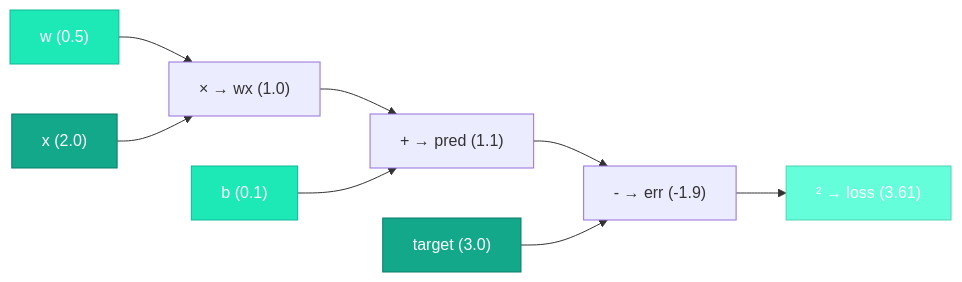
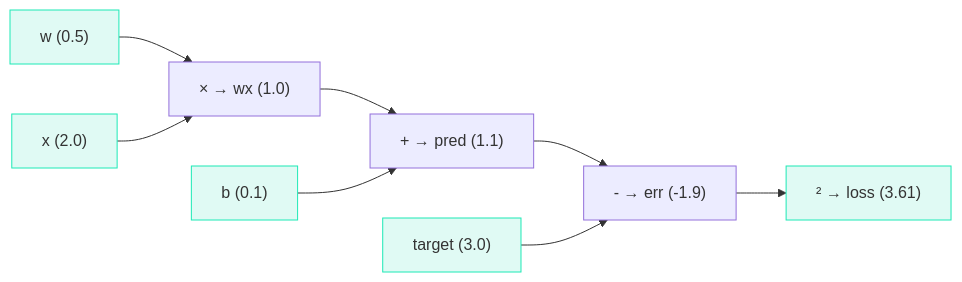
Before and after one commit to iamkhalid2/microgpt-course: the diagram in docs/02-calculus-and-autograd/05-building-a-computation-graph.md, drawn with Mermaid. The commit also changed 21 other files, not shown here.

Commit message:
Fix Mermaid: remove hardcoded text color (theme-adaptive), add mobile scrolling, fix \\n to br

````diff
--- a/docs/02-calculus-and-autograd/05-building-a-computation-graph.md
+++ b/docs/02-calculus-and-autograd/05-building-a-computation-graph.md
@@ -36,16 +36,16 @@
 ```mermaid
 flowchart LR
     W["w (0.5)"] --> MUL["× → wx (1.0)"]
     X["x (2.0)"] --> MUL
     MUL --> ADD["+ → pred (1.1)"]
     B["b (0.1)"] --> ADD
     ADD --> SUB["- → err (-1.9)"]
     T["target (3.0)"] --> SUB
     SUB --> POW["² → loss (3.61)"]
 
-    style W fill:#1de9b6,stroke:#0db99a,color:#fff
-    style B fill:#1de9b6,stroke:#0db99a,color:#fff
-    style X fill:#12a889,stroke:#0a7d68,color:#fff
-    style T fill:#12a889,stroke:#0a7d68,color:#fff
-    style POW fill:#64ffda,stroke:#4dd4b0,color:#fff
+    style W fill:#e0faf4,stroke:#1de9b6
+    style B fill:#e0faf4,stroke:#1de9b6
+    style X fill:#e0faf4,stroke:#1de9b6
+    style T fill:#e0faf4,stroke:#1de9b6
+    style POW fill:#e0faf4,stroke:#1de9b6
 ```
````
